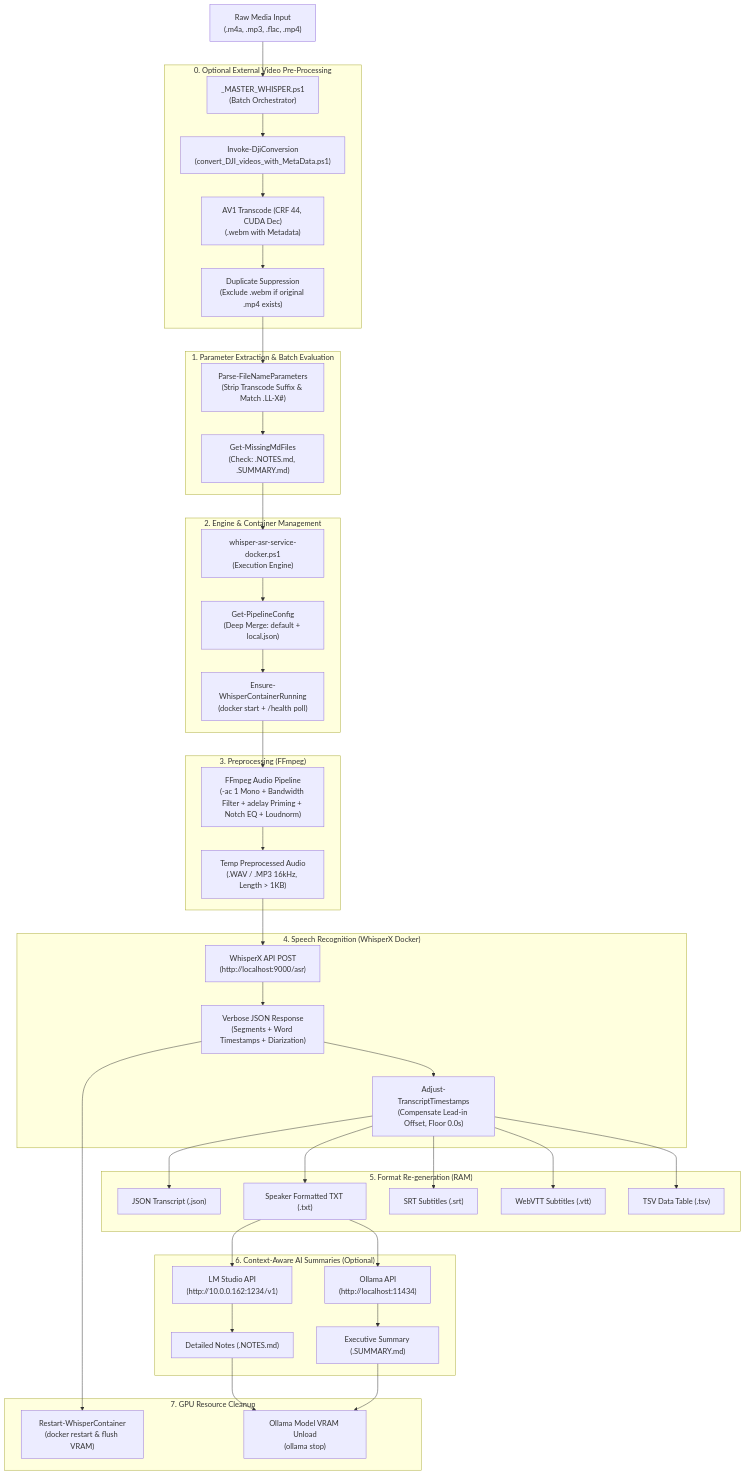
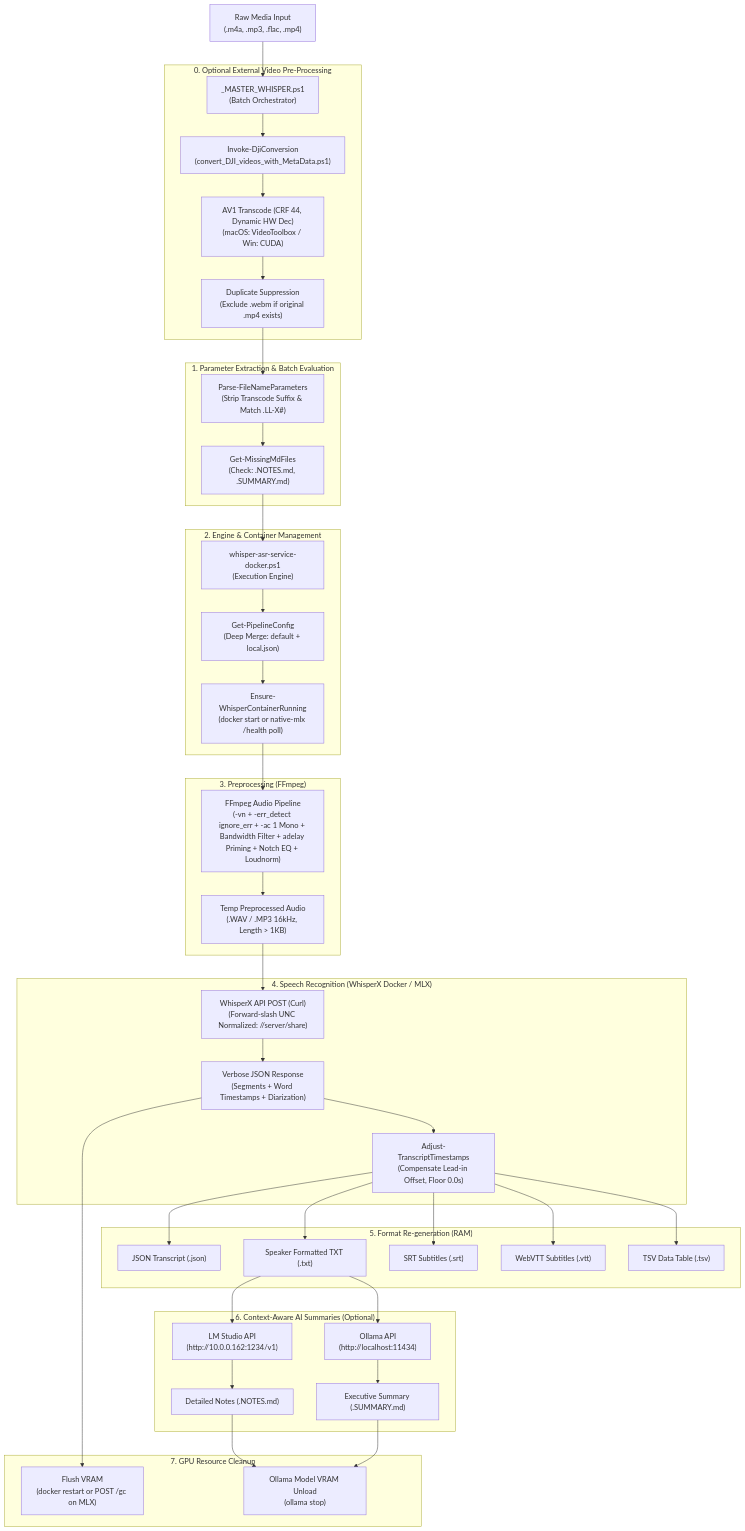
The first of 4 diagrams in docs/ARCHITECTURE.md (dataquo/whisper-llm-notes), drawn with Mermaid before and after one commit. The commit also changed other lines of this file and 13 other files, not shown here.

First line of the commit message:
[v07.02] Cross-platform video transcoding, anti-hallucination ASR decoding, and UNC resilience

````diff
--- a/docs/ARCHITECTURE.md
+++ b/docs/ARCHITECTURE.md
@@ -11,52 +11,52 @@
 ```mermaid
 flowchart TD
     A["Raw Media Input\n(.m4a, .mp3, .flac, .mp4)"] --> B["_MASTER_WHISPER.ps1\n(Batch Orchestrator)"]
     
     subgraph VideoPreProcessing["0. Optional External Video Pre-Processing"]
         B --> B1["Invoke-DjiConversion\n(convert_DJI_videos_with_MetaData.ps1)"]
-        B1 --> B2["AV1 Transcode (CRF 44, CUDA Dec)\n(.webm with Metadata)"]
+        B1 --> B2["AV1 Transcode (CRF 44, Dynamic HW Dec)\n(macOS: VideoToolbox / Win: CUDA)"]
         B2 --> B3["Duplicate Suppression\n(Exclude .webm if original .mp4 exists)"]
     end
 
     subgraph ParameterExtraction["1. Parameter Extraction & Batch Evaluation"]
         B3 --> C["Parse-FileNameParameters\n(Strip Transcode Suffix & Match .LL-X#)"]
         C --> D["Get-MissingMdFiles\n(Check: .NOTES.md, .SUMMARY.md)"]
     end
     
     subgraph EngineLifecycle["2. Engine & Container Management"]
         D --> E["whisper-asr-service-docker.ps1\n(Execution Engine)"]
         E --> F["Get-PipelineConfig\n(Deep Merge: default + local.json)"]
-        F --> G["Ensure-WhisperContainerRunning\n(docker start + /health poll)"]
+        F --> G["Ensure-WhisperContainerRunning\n(docker start or native-mlx /health poll)"]
     end
 
     subgraph AudioPreprocessing["3. Preprocessing (FFmpeg)"]
-        G --> H["FFmpeg Audio Pipeline\n(-ac 1 Mono + Bandwidth Filter + adelay Priming + Notch EQ + Loudnorm)"]
+        G --> H["FFmpeg Audio Pipeline\n(-vn + -err_detect ignore_err + -ac 1 Mono + Bandwidth Filter + adelay Priming + Notch EQ + Loudnorm)"]
         H --> I["Temp Preprocessed Audio\n(.WAV / .MP3 16kHz, Length > 1KB)"]
     end
     
-    subgraph ASRTranscription["4. Speech Recognition (WhisperX Docker)"]
-        I --> J["WhisperX API POST\n(http://localhost:9000/asr)"]
+    subgraph ASRTranscription["4. Speech Recognition (WhisperX Docker / MLX)"]
+        I --> J["WhisperX API POST (Curl)\n(Forward-slash UNC Normalized: //server/share)"]
         J --> K["Verbose JSON Response\n(Segments + Word Timestamps + Diarization)"]
         K --> K2["Adjust-TranscriptTimestamps\n(Compensate Lead-in Offset, Floor 0.0s)"]
     end
 
     subgraph MultiFormatGeneration["5. Format Re-generation (RAM)"]
         K2 --> L["JSON Transcript (.json)"]
         K2 --> M["Speaker Formatted TXT (.txt)"]
         K2 --> N["SRT Subtitles (.srt)"]
         K2 --> O["WebVTT Subtitles (.vtt)"]
         K2 --> P["TSV Data Table (.tsv)"]
     end
 
     subgraph AISummarization["6. Context-Aware AI Summaries (Optional)"]
         M --> Q["LM Studio API\n(http://10.0.0.162:1234/v1)"]
         Q --> R["Detailed Notes (.NOTES.md)"]
         M --> S["Ollama API\n(http://localhost:11434)"]
         S --> T["Executive Summary (.SUMMARY.md)"]
     end
 
     subgraph ResourceOptimization["7. GPU Resource Cleanup"]
-        K --> U["Restart-WhisperContainer\n(docker restart & flush VRAM)"]
+        K --> U["Flush VRAM\n(docker restart or POST /gc on MLX)"]
         R & T --> V["Ollama Model VRAM Unload\n(ollama stop)"]
     end
 ```
````
